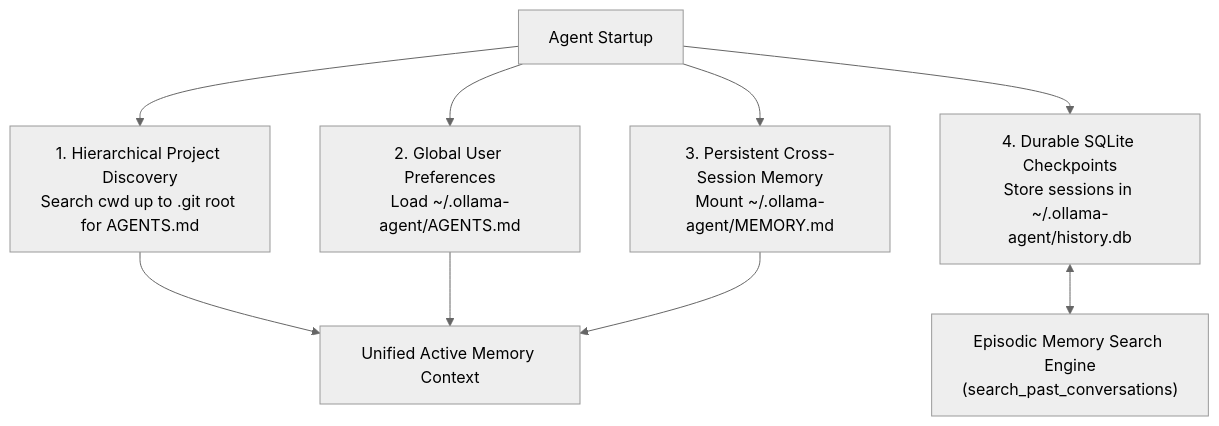
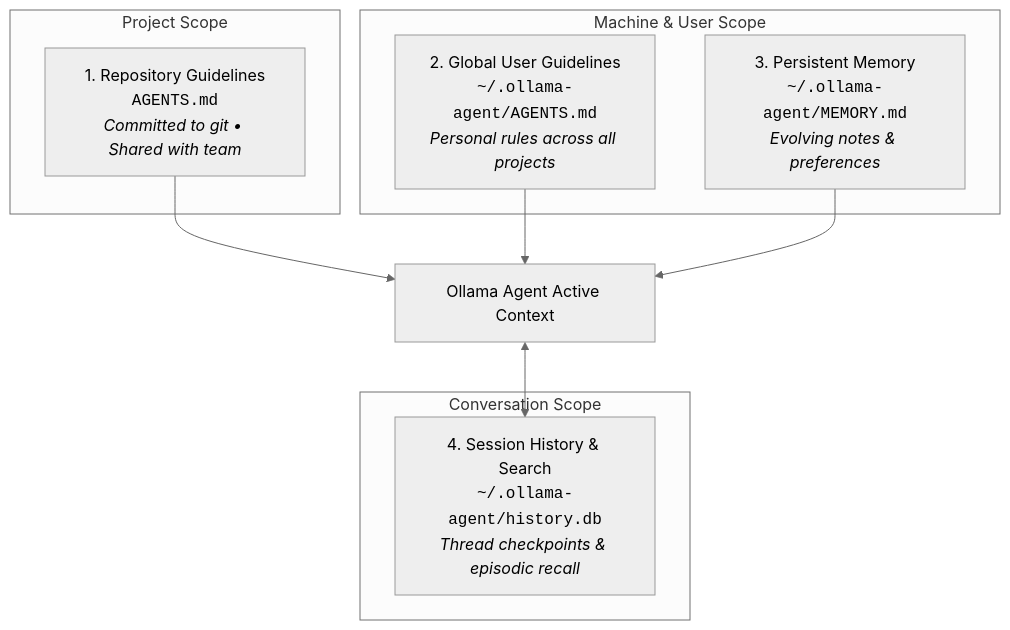
One commit to arrase/ollama-agent changed the first of 4 diagrams in docs/memory.md. Above: the diagram before and after it, drawn with Mermaid (neutral theme). The commit also changed other lines of this file and 10 other files, not shown here.

````diff
--- a/docs/memory.md
+++ b/docs/memory.md
@@ -5,10 +11,20 @@
 ```mermaid
 flowchart TD
-    A["Agent Startup"] --> B["1. Hierarchical Project Discovery\nSearch cwd up to .git root for AGENTS.md"]
-    A --> C["2. Global User Preferences\nLoad ~/.ollama-agent/AGENTS.md"]
-    A --> D["3. Persistent Cross-Session Memory\nMount ~/.ollama-agent/MEMORY.md"]
-    A --> E["4. Durable SQLite Checkpoints\nStore sessions in ~/.ollama-agent/history.db"]
-    
-    B & C & D --> F["Unified Active Memory Context"]
-    E <--> G["Episodic Memory Search Engine\n(search_past_conversations)"]
+    subgraph ProjectContext["Project Scope"]
+        L1["1. Repository Guidelines<br/><code>AGENTS.md</code><br/><i>Committed to git • Shared with team</i>"]
+    end
+
+    subgraph UserContext["Machine & User Scope"]
+        L2["2. Global User Guidelines<br/><code>~/.ollama-agent/AGENTS.md</code><br/><i>Personal rules across all projects</i>"]
+        L3["3. Persistent Memory<br/><code>~/.ollama-agent/MEMORY.md</code><br/><i>Evolving notes & preferences</i>"]
+    end
+
+    subgraph SessionContext["Conversation Scope"]
+        L4["4. Session History & Search<br/><code>~/.ollama-agent/history.db</code><br/><i>Thread checkpoints & episodic recall</i>"]
+    end
+
+    L1 --> Agent["Ollama Agent Active Context"]
+    L2 --> Agent
+    L3 --> Agent
+    Agent <--> L4
 ```
````
